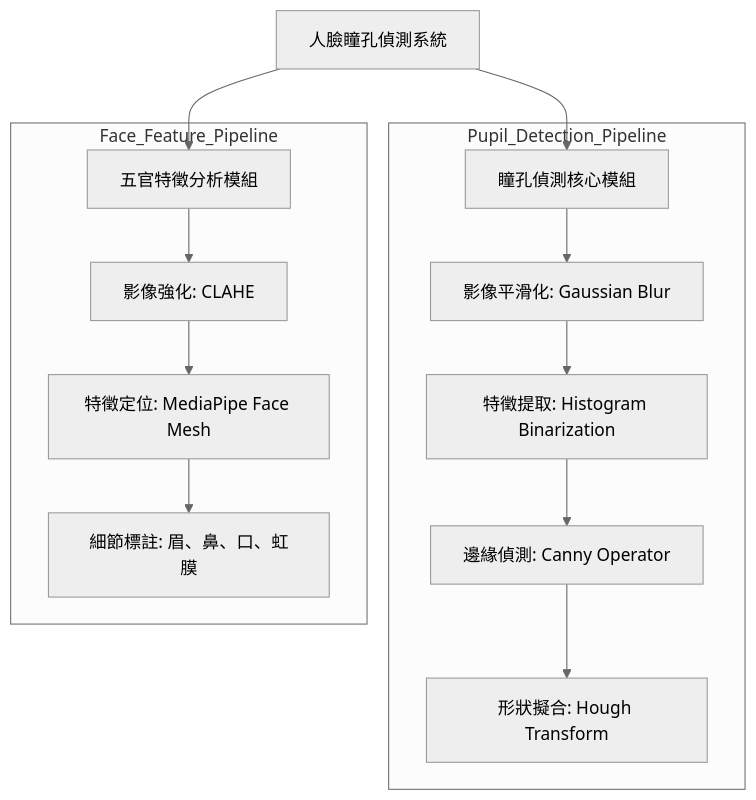
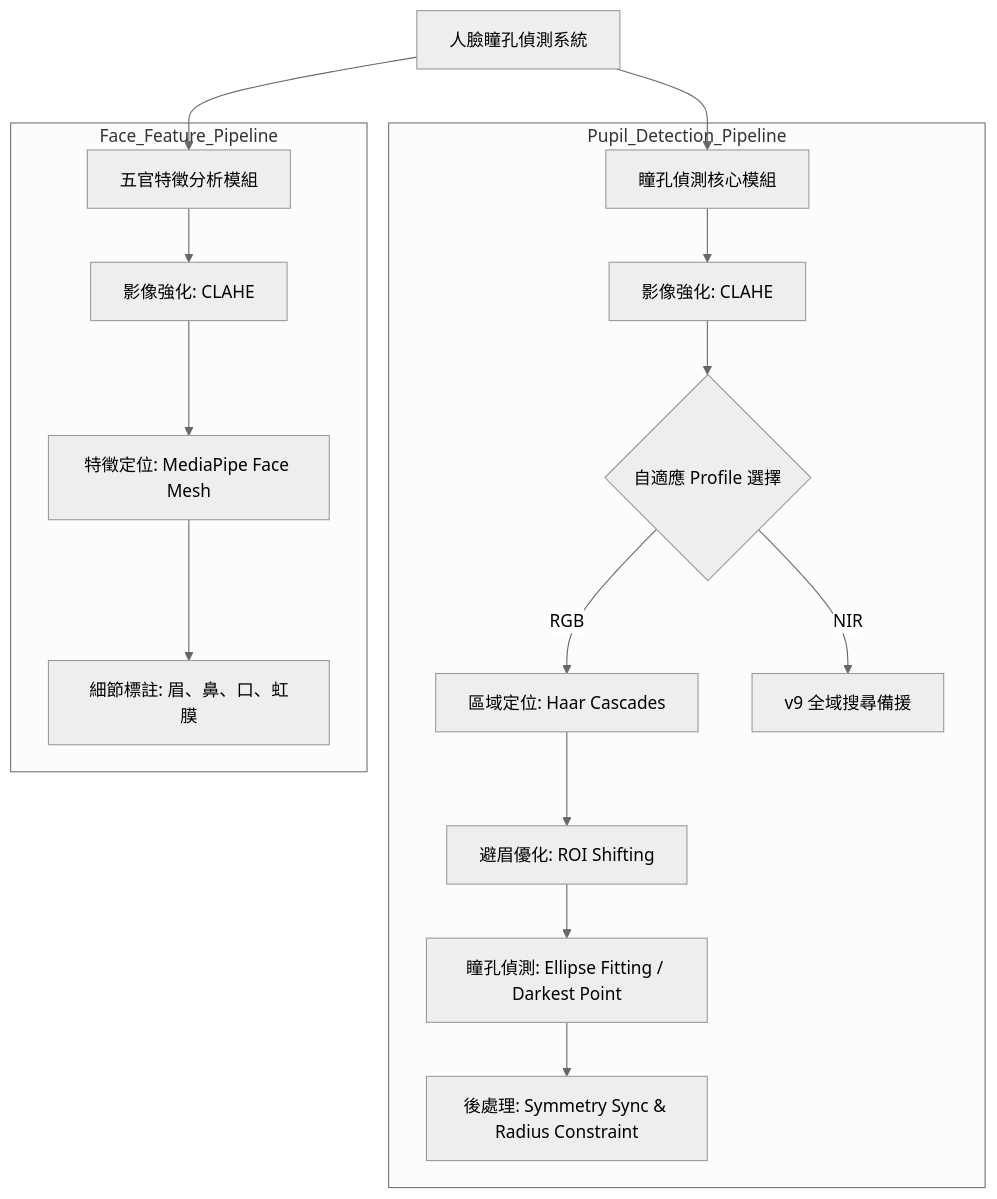
Before and after one commit to ingPrivate/HW1-eyes-detect: the diagram in README.md, drawn with Mermaid (neutral theme). The commit also changed other lines of this file and 192 other files, not shown here.

````diff
--- a/README.md
+++ b/README.md
@@ -16,18 +38,21 @@
 ```mermaid
 graph TD
     Root[人臉瞳孔偵測系統] --> PupilMod[瞳孔偵測核心模組]
     Root --> FaceMod[五官特徵分析模組]
 
     subgraph Pupil_Detection_Pipeline
-        PupilMod --> P1[影像平滑化: Gaussian Blur]
-        P1 --> P2[特徵提取: Histogram Binarization]
-        P2 --> P3[邊緣偵測: Canny Operator]
-        P3 --> P4[形狀擬合: Hough Transform]
+        PupilMod --> P_EN[影像強化: CLAHE]
+        P_EN --> P_CASE{自適應 Profile 選擇}
+        P_CASE -->|RGB| P0[區域定位: Haar Cascades]
+        P_CASE -->|NIR| P_NIR[v9 全域搜尋備援]
+        P0 --> P1[避眉優化: ROI Shifting]
+        P1 --> P2[瞳孔偵測: Ellipse Fitting / Darkest Point]
+        P2 --> P3[後處理: Symmetry Sync & Radius Constraint]
     end
 
     subgraph Face_Feature_Pipeline
         FaceMod --> F1[影像強化: CLAHE]
         F1 --> F2[特徵定位: MediaPipe Face Mesh]
         F2 --> F3[細節標註: 眉、鼻、口、虹膜]
     end
 ```
````
